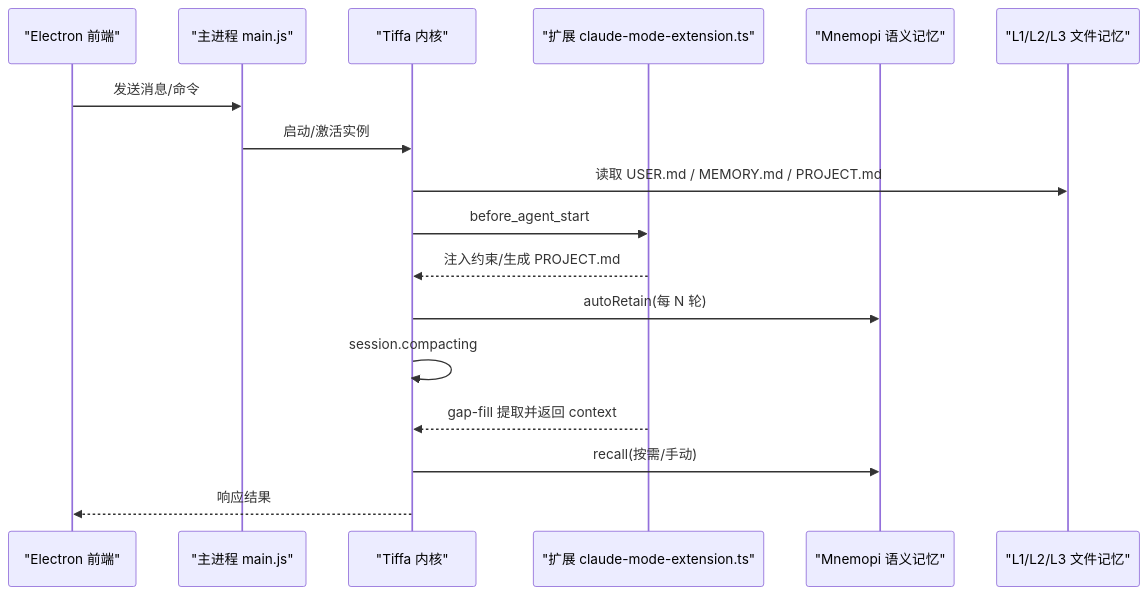
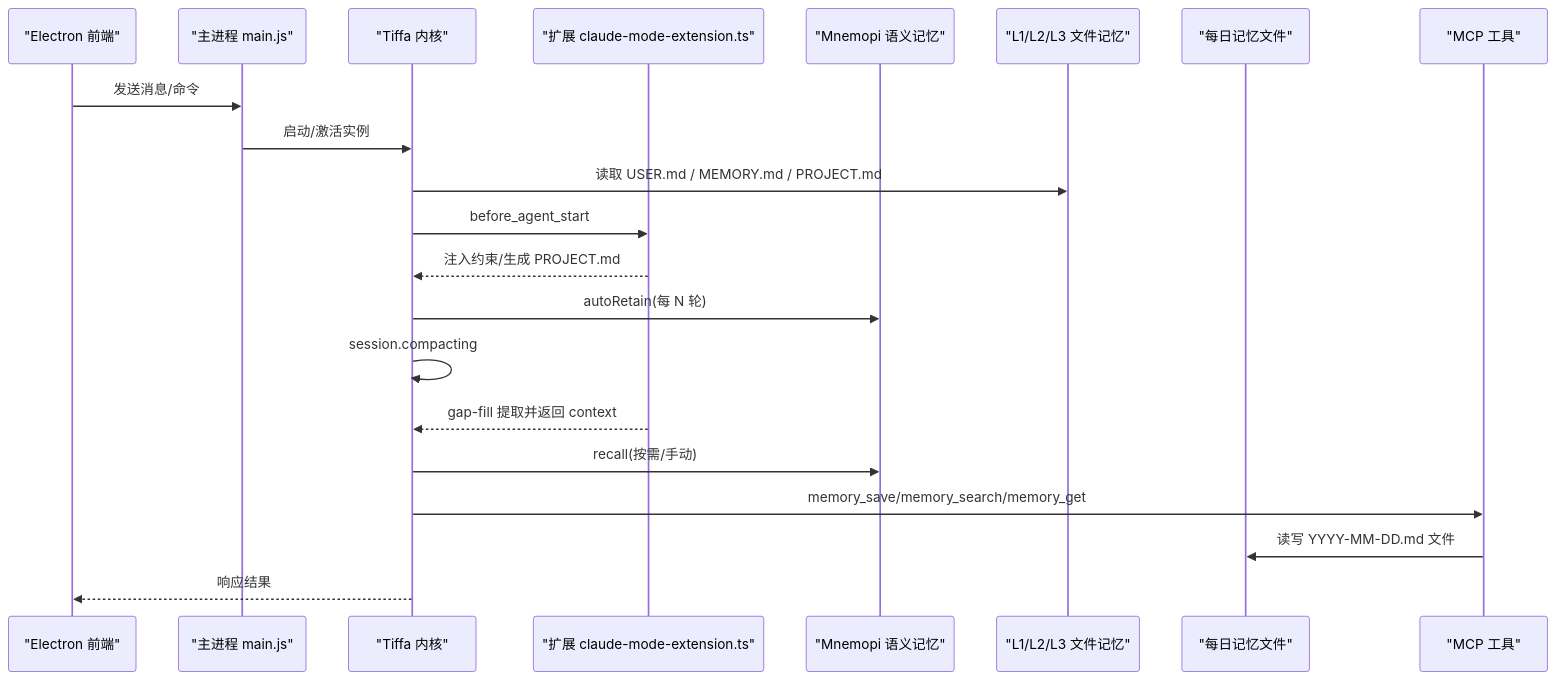
One commit to swond-Mao/Tiffa changed the second of 5 diagrams in .qoder/repowiki/zh/content/记忆系统/记忆系统.md. Above: the diagram before and after it, drawn with Mermaid. The commit also changed other lines of this file and 49 other files, not shown here.

````diff
--- a/.qoder/repowiki/zh/content/记忆系统/记忆系统.md
+++ b/.qoder/repowiki/zh/content/记忆系统/记忆系统.md
@@ -96,19 +109,23 @@
 ```mermaid
 sequenceDiagram
 participant UI as "Electron 前端"
 participant Main as "主进程 main.js"
 participant Agent as "Tiffa 内核"
 participant Ext as "扩展 claude-mode-extension.ts"
 participant Mem as "Mnemopi 语义记忆"
 participant Files as "L1/L2/L3 文件记忆"
+participant Daily as "每日记忆文件"
+participant MCP as "MCP 工具"
 UI->>Main : 发送消息/命令
 Main->>Agent : 启动/激活实例
 Agent->>Files : 读取 USER.md / MEMORY.md / PROJECT.md
 Agent->>Ext : before_agent_start
 Ext-->>Agent : 注入约束/生成 PROJECT.md
 Agent->>Mem : autoRetain(每 N 轮)
 Agent->>Agent : session.compacting
 Ext-->>Agent : gap-fill 提取并返回 context
 Agent->>Mem : recall(按需/手动)
+Agent->>MCP : memory_save/memory_search/memory_get
+MCP->>Daily : 读写 YYYY-MM-DD.md 文件
 Agent-->>UI : 响应结果
 ```
````
